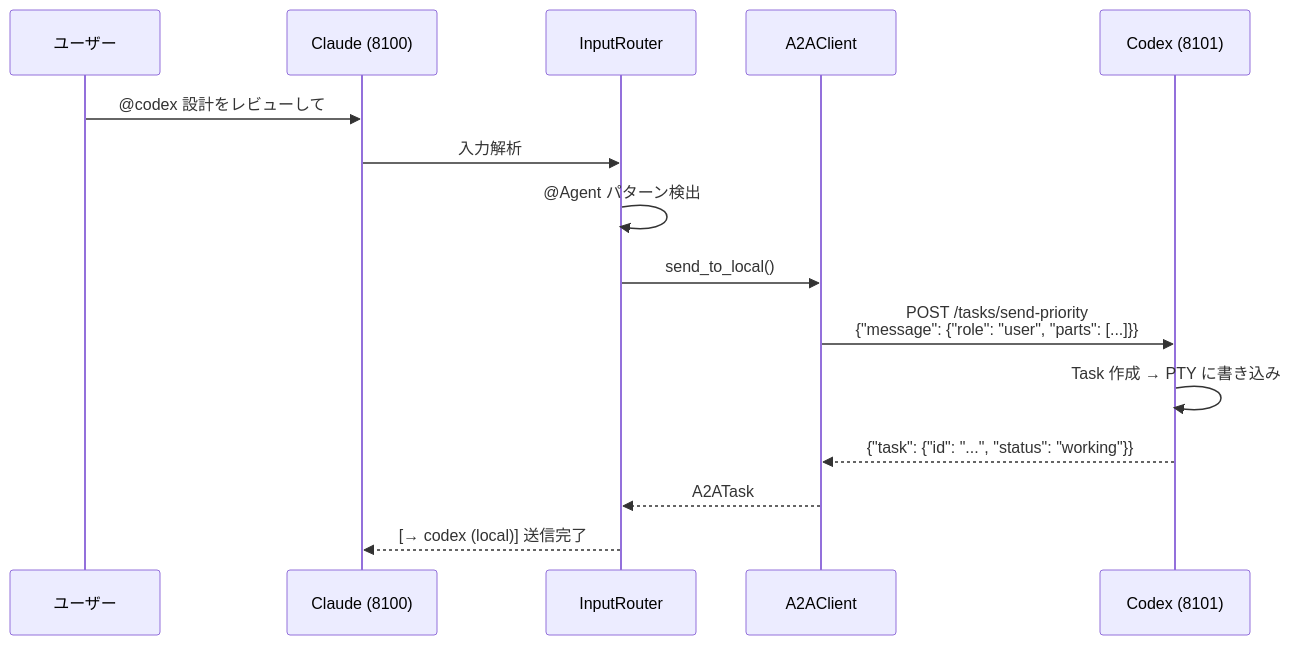
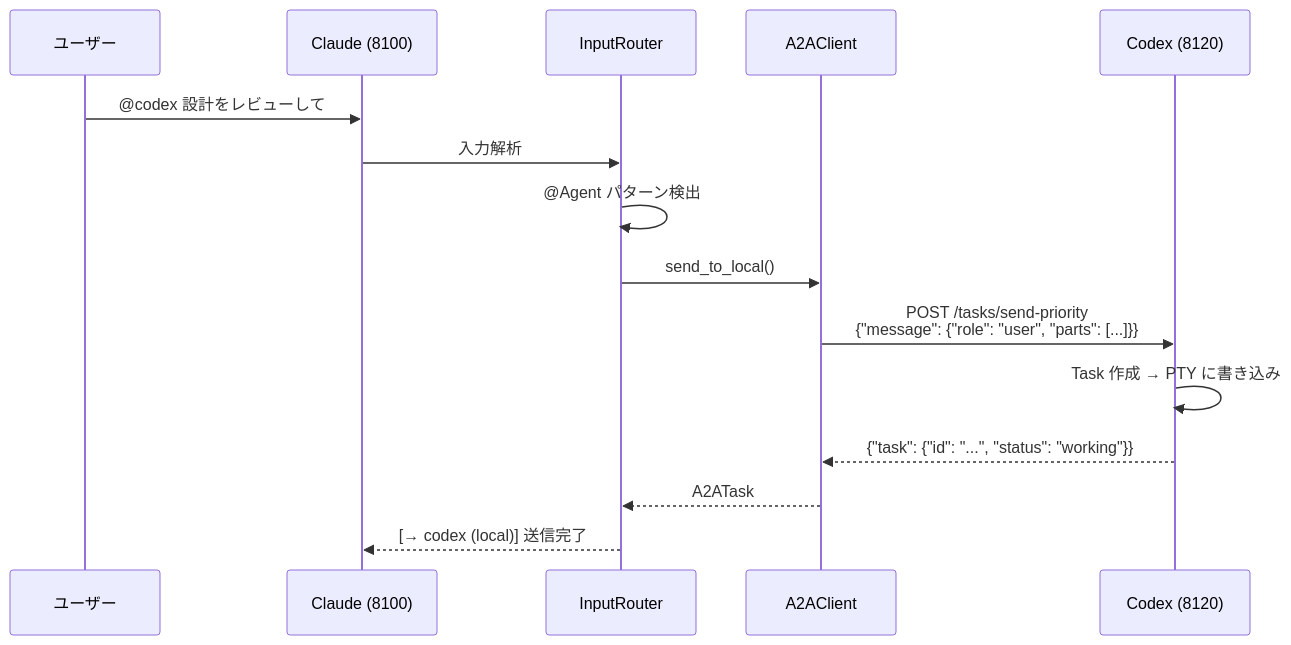
One commit to s-hiraoku/synapse-a2a changed the third of 3 diagrams in README.md. Above: the diagram before and after it, drawn with Mermaid. The commit also changed other lines of this file, not shown here.

````diff
--- a/README.md
+++ b/README.md
@@ -230,18 +435,18 @@
 ```mermaid
 sequenceDiagram
     participant User as ユーザー
     participant Claude as Claude (8100)
     participant Router as InputRouter
     participant Client as A2AClient
-    participant Codex as Codex (8101)
+    participant Codex as Codex (8120)
 
     User->>Claude: @codex 設計をレビューして
     Claude->>Router: 入力解析
     Router->>Router: @Agent パターン検出
     Router->>Client: send_to_local()
     Client->>Codex: POST /tasks/send-priority<br/>{"message": {"role": "user", "parts": [...]}}
     Codex->>Codex: Task 作成 → PTY に書き込み
     Codex-->>Client: {"task": {"id": "...", "status": "working"}}
     Client-->>Router: A2ATask
     Router-->>Claude: [→ codex (local)] 送信完了
 ```
````
